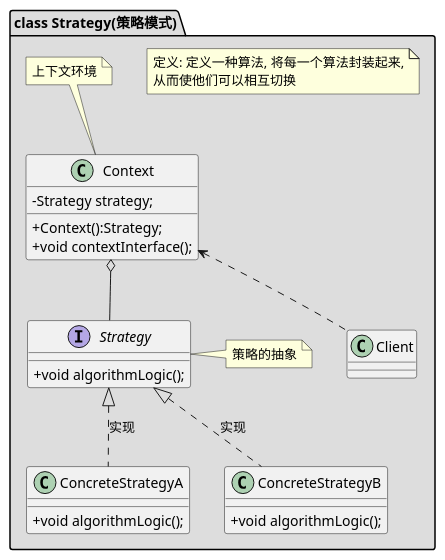
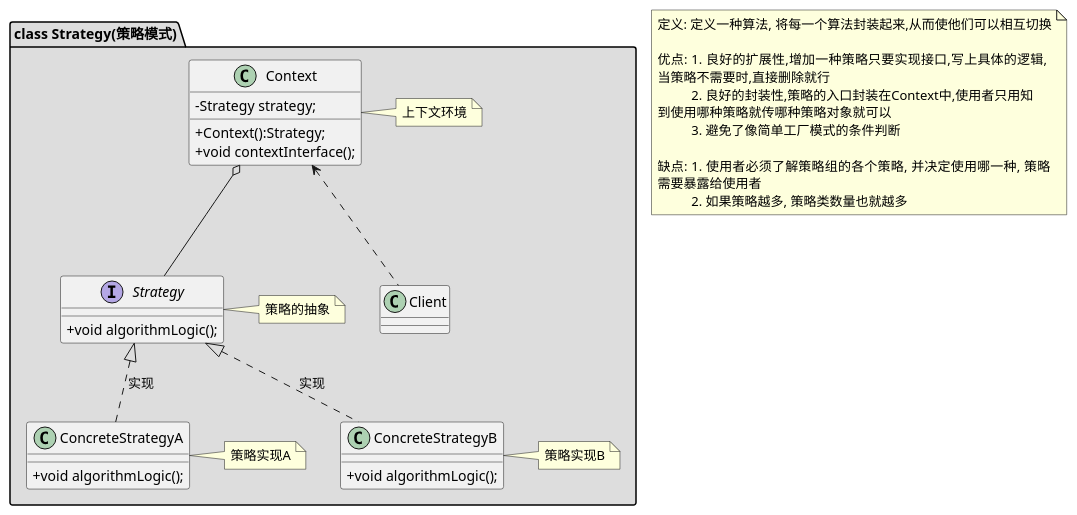
Before and after one commit to JinHuan1996/designpatterns: the diagram in src/main/java/design/strategy/Strategy.puml, drawn with PlantUML. The commit also changed 3 other files, not shown here.

Commit message:
修改类图的说明方式

```diff
--- a/src/main/java/design/strategy/Strategy.puml
+++ b/src/main/java/design/strategy/Strategy.puml
@@ -1,33 +1,46 @@
 @startuml
 skinparam classAttributeIconSize 0
 package "class Strategy(策略模式)" #DDDDDD {
-    note "定义: 定义一种算法, 将每一个算法封装起来,\n从而使他们可以相互切换" as N1
-
     class Client
 
     class Context {
         -Strategy strategy;
         +Context():Strategy;
         +void contextInterface();
     }
-    note top:上下文环境
+    note right:上下文环境
 
     interface Strategy {
         +void algorithmLogic();
     }
     note right: 策略的抽象
 
     class ConcreteStrategyA {
         +void algorithmLogic();
     }
+    note right:策略实现A
 
     class ConcreteStrategyB {
-            +void algorithmLogic();
+        +void algorithmLogic();
     }
+    note right:策略实现B
 
     Context <.. Client
     Context o-- Strategy
     Strategy <|.. ConcreteStrategyA : 实现
     Strategy <|.. ConcreteStrategyB : 实现
 }
+note as N1
+      定义: 定义一种算法, 将每一个算法封装起来,从而使他们可以相互切换
+
+      优点:   1. 良好的扩展性,增加一种策略只要实现接口,写上具体的逻辑,
+      当策略不需要时,直接删除就行
+                2. 良好的封装性,策略的入口封装在Context中,使用者只用知
+      到使用哪种策略就传哪种策略对象就可以
+                3. 避免了像简单工厂模式的条件判断
+
+      缺点:   1. 使用者必须了解策略组的各个策略, 并决定使用哪一种, 策略
+      需要暴露给使用者
+                2. 如果策略越多, 策略类数量也就越多
+    end note
 @enduml
```
